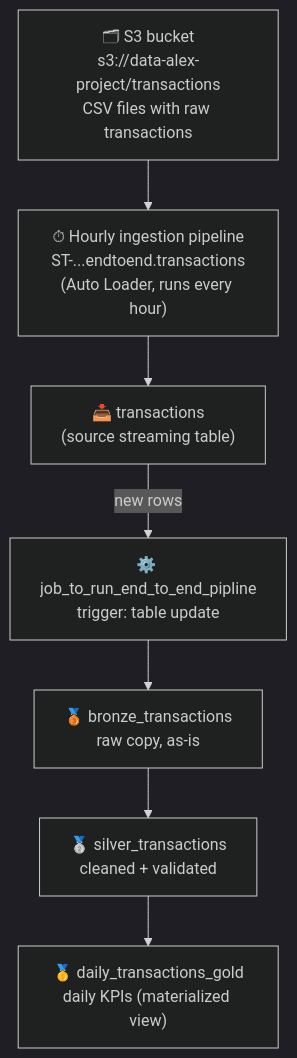
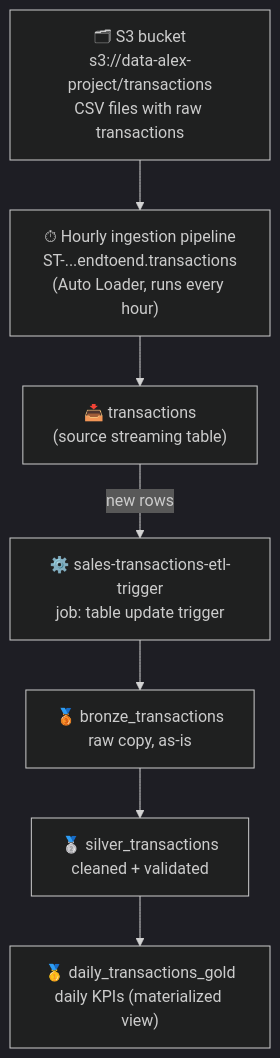
The diagram in sales-transactions-etl/README.md (roygreenfeld-private/databricks-projects), drawn with Mermaid (dark theme) before and after one commit. The commit also changed other lines of this file and 3 other files, not shown here.

````diff
--- a/sales-transactions-etl/README.md
+++ b/sales-transactions-etl/README.md
@@ -9,14 +9,14 @@
 ```mermaid
 flowchart TD
     S3["🗂 S3 bucket<br/>s3://data-alex-project/transactions<br/>CSV files with raw transactions"]
     ING["⏱ Hourly ingestion pipeline<br/>ST-...endtoend.transactions<br/>(Auto Loader, runs every hour)"]
     SRC["📥 transactions<br/>(source streaming table)"]
-    JOB["⚙️ job_to_run_end_to_end_pipline<br/>trigger: table update"]
+    JOB["⚙️ sales-transactions-etl-trigger<br/>job: table update trigger"]
     B["🥉 bronze_transactions<br/>raw copy, as-is"]
     S["🥈 silver_transactions<br/>cleaned + validated"]
     G["🥇 daily_transactions_gold<br/>daily KPIs (materialized view)"]
 
     S3 --> ING --> SRC
     SRC -- "new rows" --> JOB
     JOB --> B --> S --> G
 ```
````
